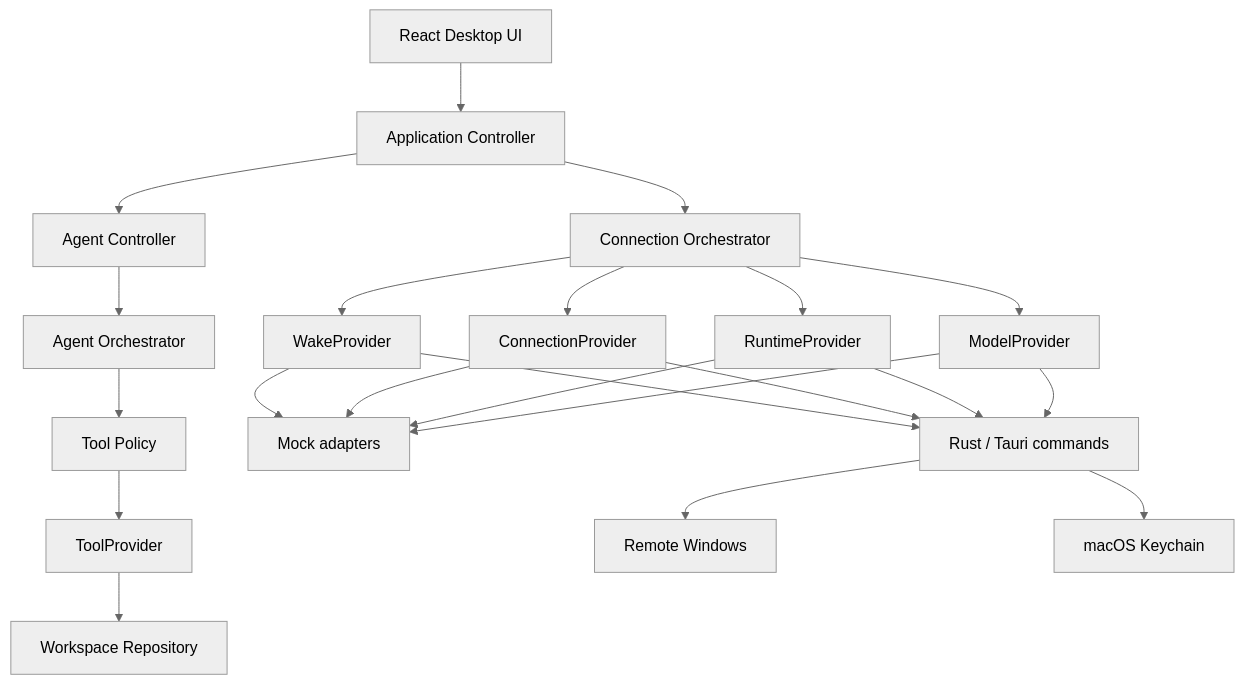
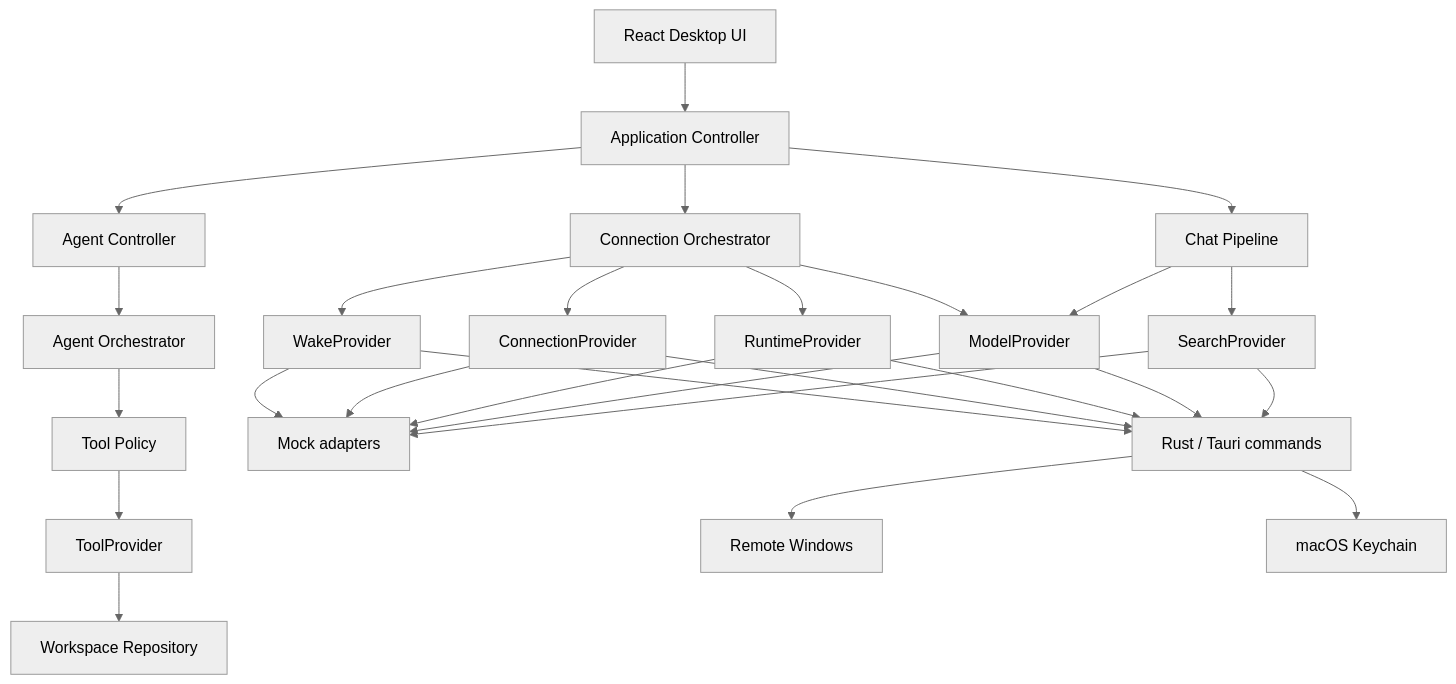
Before and after one commit to cprtmchzh/local-llm-client: the first of 2 diagrams in docs/ARCHITECTURE.md, drawn with Mermaid (neutral theme). The commit also changed other lines of this file and 24 other files, not shown here.

Commit message:
feat: add web search and deep review pipeline

````diff
--- a/docs/ARCHITECTURE.md
+++ b/docs/ARCHITECTURE.md
@@ -7,24 +7,29 @@
 ```mermaid
 flowchart TB
   UI[React Desktop UI] --> CTRL[Application Controller]
   CTRL --> ORCH[Connection Orchestrator]
+  CTRL --> CHAT[Chat Pipeline]
   CTRL --> AGENT[Agent Controller]
   AGENT --> AORCH[Agent Orchestrator]
   AORCH --> POLICY[Tool Policy]
   POLICY --> TOOLS[ToolProvider]
   TOOLS --> WS[Workspace Repository]
   ORCH --> WAKE[WakeProvider]
   ORCH --> CONN[ConnectionProvider]
   ORCH --> RUN[RuntimeProvider]
   ORCH --> MODEL[ModelProvider]
+  CHAT --> MODEL
+  CHAT --> SEARCH[SearchProvider]
   WAKE --> MOCK[Mock adapters]
   CONN --> MOCK
   RUN --> MOCK
   MODEL --> MOCK
+  SEARCH --> MOCK
   WAKE --> RUST[Rust / Tauri commands]
   CONN --> RUST
   RUN --> RUST
   MODEL --> RUST
+  SEARCH --> RUST
   RUST --> WIN[Remote Windows]
   RUST --> KEYCHAIN[macOS Keychain]
 ```
````
